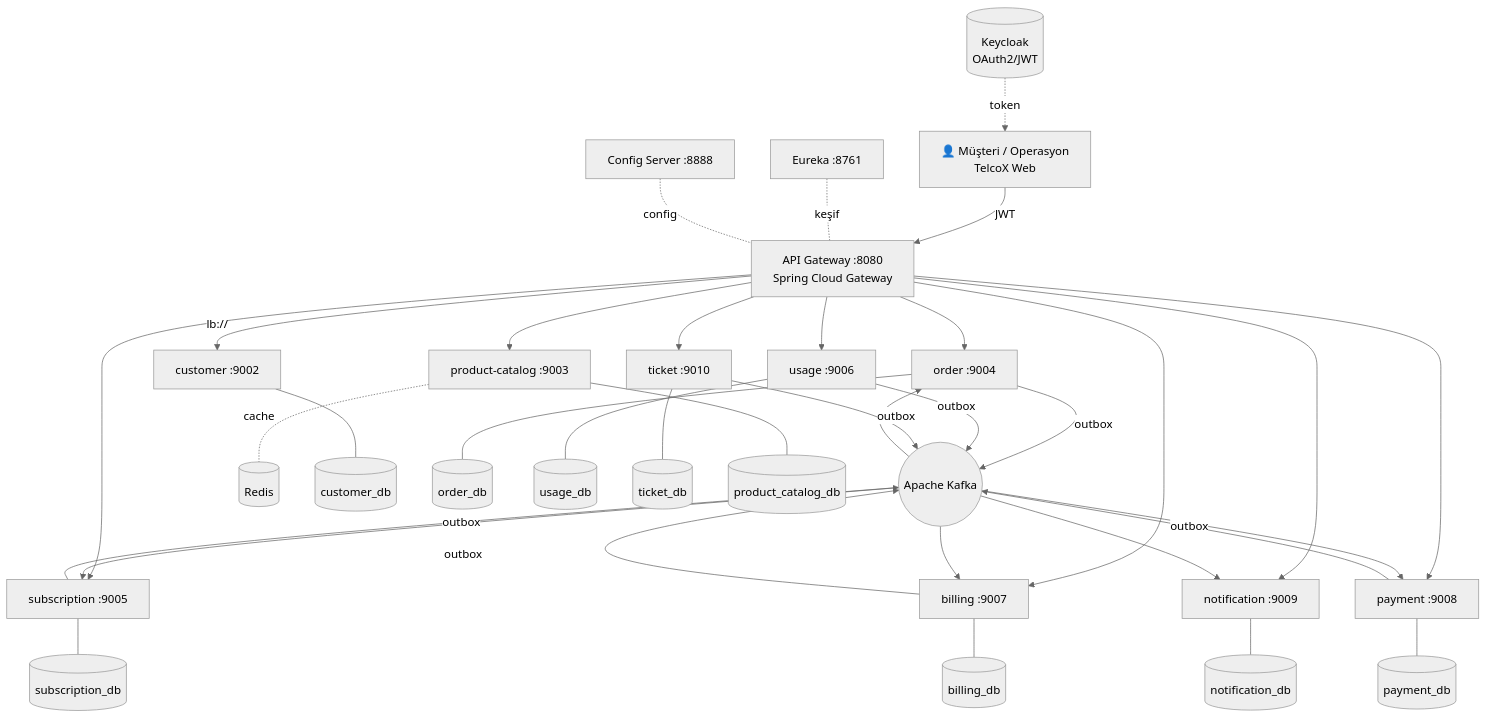
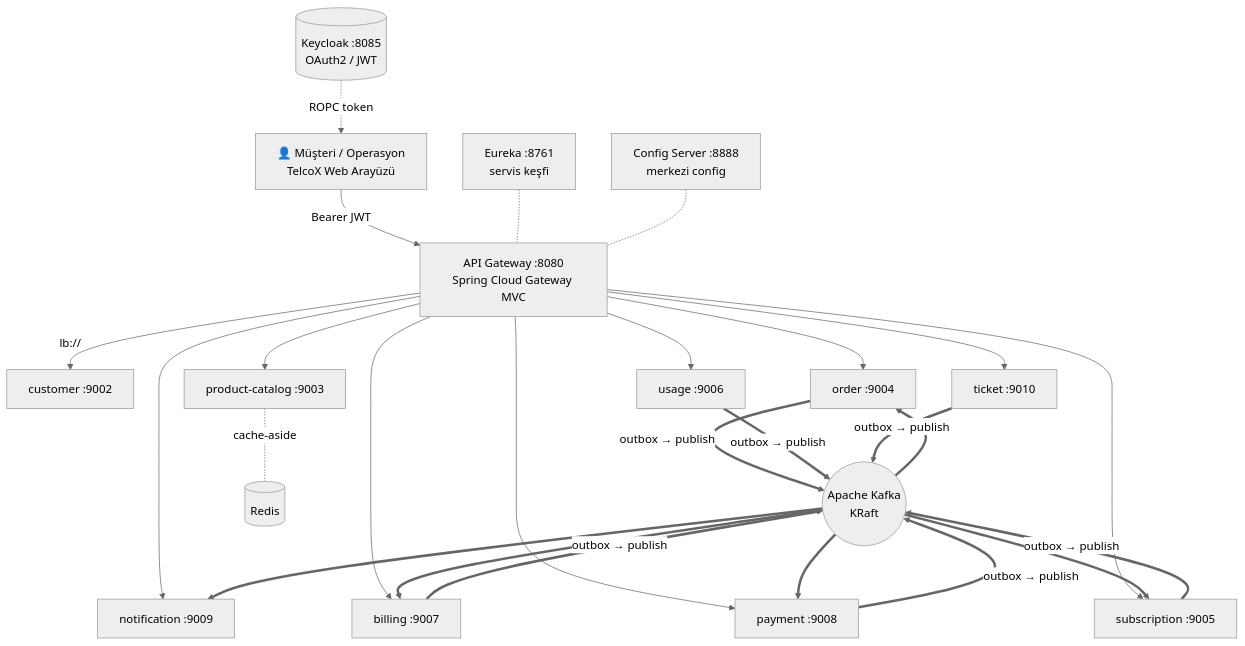
One commit to ayminacakir/turkcell-telco-crm-microservices changed the first of 3 diagrams in docs/SUNUM.md. Above: the diagram before and after it, drawn with Mermaid (neutral theme). The commit also changed other lines of this file and 2 other files, not shown here.

````diff
--- a/docs/SUNUM.md
+++ b/docs/SUNUM.md
@@ -50,31 +106,21 @@
 ```mermaid
 flowchart TB
-    U[👤 Müşteri / Operasyon<br/>TelcoX Web] -->|JWT| GW[API Gateway :8080<br/>Spring Cloud Gateway]
-    KC[(Keycloak<br/>OAuth2/JWT)] -.token.-> U
+    U[👤 Müşteri / Operasyon<br/>TelcoX Web Arayüzü] -->|Bearer JWT| GW[API Gateway :8080<br/>Spring Cloud Gateway MVC]
+    KC[(Keycloak :8085<br/>OAuth2 / JWT)] -.ROPC token.-> U
     GW -->|lb://| CU[customer :9002]
     GW --> PC[product-catalog :9003]
     GW --> OR[order :9004]
     GW --> SU[subscription :9005]
     GW --> US[usage :9006]
     GW --> BI[billing :9007]
     GW --> PA[payment :9008]
     GW --> NO[notification :9009]
     GW --> TI[ticket :9010]
 
-    EU[Eureka :8761] -.keşif.- GW
-    CFG[Config Server :8888] -.config.- GW
+    EU[Eureka :8761<br/>servis keşfi] -.- GW
+    CFG[Config Server :8888<br/>merkezi config] -.- GW
 
-    OR & SU & US & BI & PA & TI -->|outbox| K((Apache Kafka))
-    K --> NO & BI & PA & SU & OR
-    PC -.cache.- R[(Redis)]
-
-    CU --- CDB[(customer_db)]
-    OR --- ODB[(order_db)]
-    SU --- SDB[(subscription_db)]
-    US --- UDB[(usage_db)]
-    BI --- BDB[(billing_db)]
-    PA --- PDB[(payment_db)]
-    NO --- NDB[(notification_db)]
-    TI --- TDB[(ticket_db)]
-    PC --- PCDB[(product_catalog_db)]
+    OR & SU & US & BI & PA & TI ==>|outbox → publish| K((Apache Kafka<br/>KRaft))
+    K ==> NO & BI & PA & SU & OR
+    PC -.cache-aside.- R[(Redis)]
 ```
````
